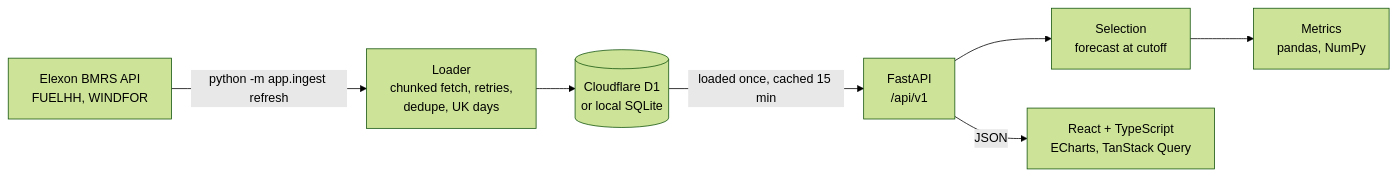
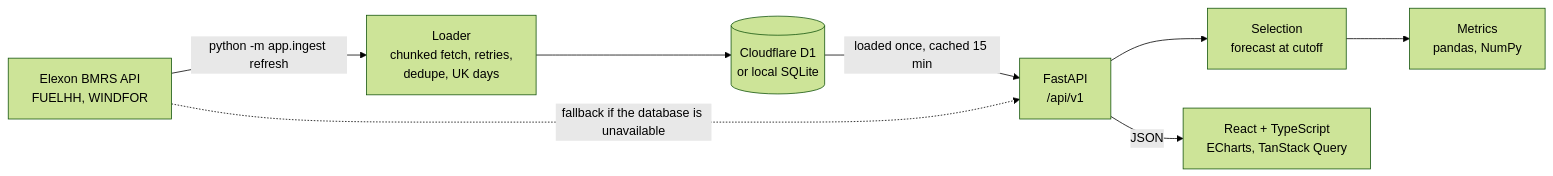
Before and after one commit to PrajyotMane01/p4eumrwqm53s7ah8: the diagram in README.md, drawn with Mermaid (forest theme). The commit also changed other lines of this file and 10 other files, not shown here.

First line of the commit message:
Fall back to live Elexon data when the database is unavailable

````diff
--- a/README.md
+++ b/README.md
@@ -46,9 +46,10 @@
 ```mermaid
 flowchart LR
   E[Elexon BMRS API<br/>FUELHH, WINDFOR] -->|python -m app.ingest refresh| L[Loader<br/>chunked fetch, retries,<br/>dedupe, UK days]
   L --> DB[(Cloudflare D1<br/>or local SQLite)]
   DB -->|loaded once, cached 15 min| API[FastAPI<br/>/api/v1]
+  E -.->|fallback if the database is unavailable| API
   API --> S[Selection<br/>forecast at cutoff]
   S --> M[Metrics<br/>pandas, NumPy]
   API -->|JSON| UI[React + TypeScript<br/>ECharts, TanStack Query]
 ```
````
